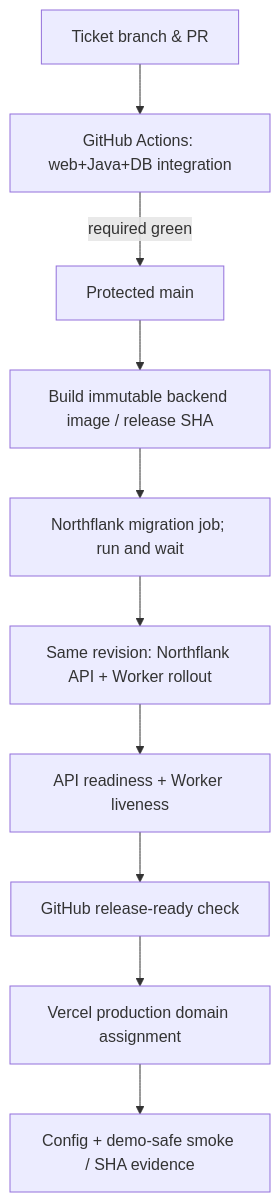
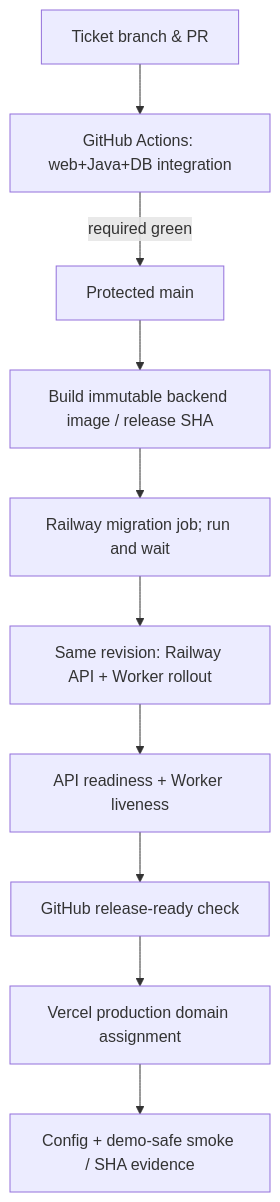
One commit to kostak-fraud/kostak-fraud-tool changed the second of 2 diagrams in docs/ARCHITECTURE.md. Above: the diagram before and after it, drawn with Mermaid. The commit also changed other lines of this file and 13 other files, not shown here.

````diff
--- a/docs/ARCHITECTURE.md
+++ b/docs/ARCHITECTURE.md
@@ -90,12 +90,12 @@
 ```mermaid
 flowchart TD
   PR[Ticket branch & PR] --> CI[GitHub Actions: web+Java+DB integration]
   CI -->|required green| Main[Protected main]
   Main --> Image[Build immutable backend image / release SHA]
-  Image --> DBM[Northflank migration job; run and wait]
-  DBM --> Runtime[Same revision: Northflank API + Worker rollout]
+  Image --> DBM[Railway migration job; run and wait]
+  DBM --> Runtime[Same revision: Railway API + Worker rollout]
   Runtime --> Ready[API readiness + Worker liveness]
   Ready --> Gate[GitHub release-ready check]
   Gate --> Web[Vercel production domain assignment]
   Web --> Smoke[Config + demo-safe smoke / SHA evidence]
 ```
````
